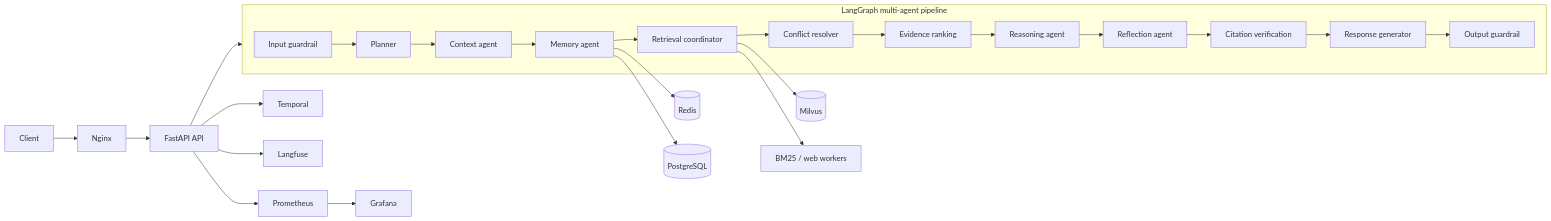
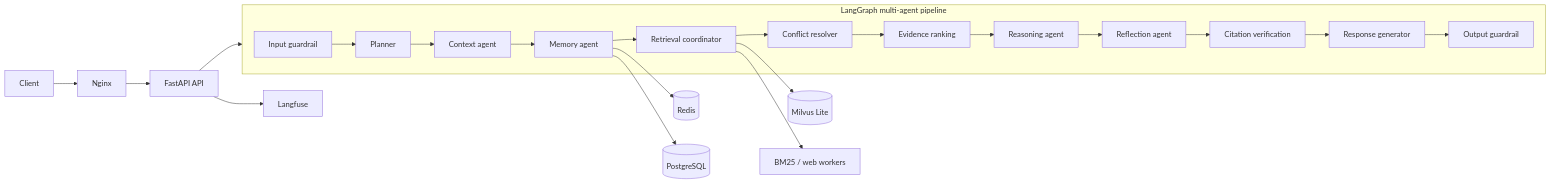
The diagram in README.md (sanaaloute/La-loi-dit), drawn with Mermaid before and after one commit. The commit also changed other lines of this file and 25 other files, not shown here.

````diff
--- a/README.md
+++ b/README.md
@@ -36,29 +36,26 @@
 ```mermaid
 flowchart LR
     client[Client] --> nginx[Nginx]
     nginx --> api[FastAPI API]
 
     subgraph pipeline["LangGraph multi-agent pipeline"]
         guard[Input guardrail] --> plan[Planner]
         plan --> ctx[Context agent]
         ctx --> mem[Memory agent]
         mem --> ret[Retrieval coordinator]
         ret --> conf[Conflict resolver]
         conf --> rank[Evidence ranking]
         rank --> reas[Reasoning agent]
         reas --> refl[Reflection agent]
         refl --> cit[Citation verification]
         cit --> resp[Response generator]
         resp --> og[Output guardrail]
     end
 
     api --> pipeline
-    ret --> milvus[(Milvus)]
+    ret --> milvus[(Milvus Lite)]
     ret --> bm25[BM25 / web workers]
     mem --> redis[(Redis)]
     mem --> pg[(PostgreSQL)]
-    api --> temporal[Temporal]
-    api --> prom[Prometheus]
-    prom --> grafana[Grafana]
     api --> langfuse[Langfuse]
 ```
````
